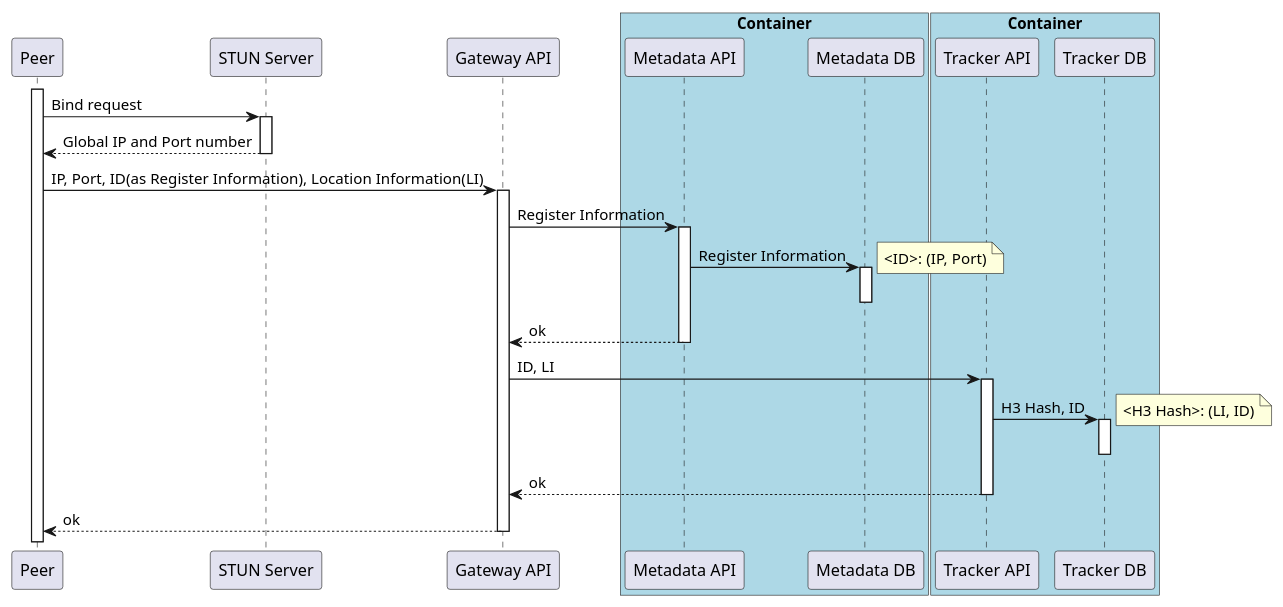
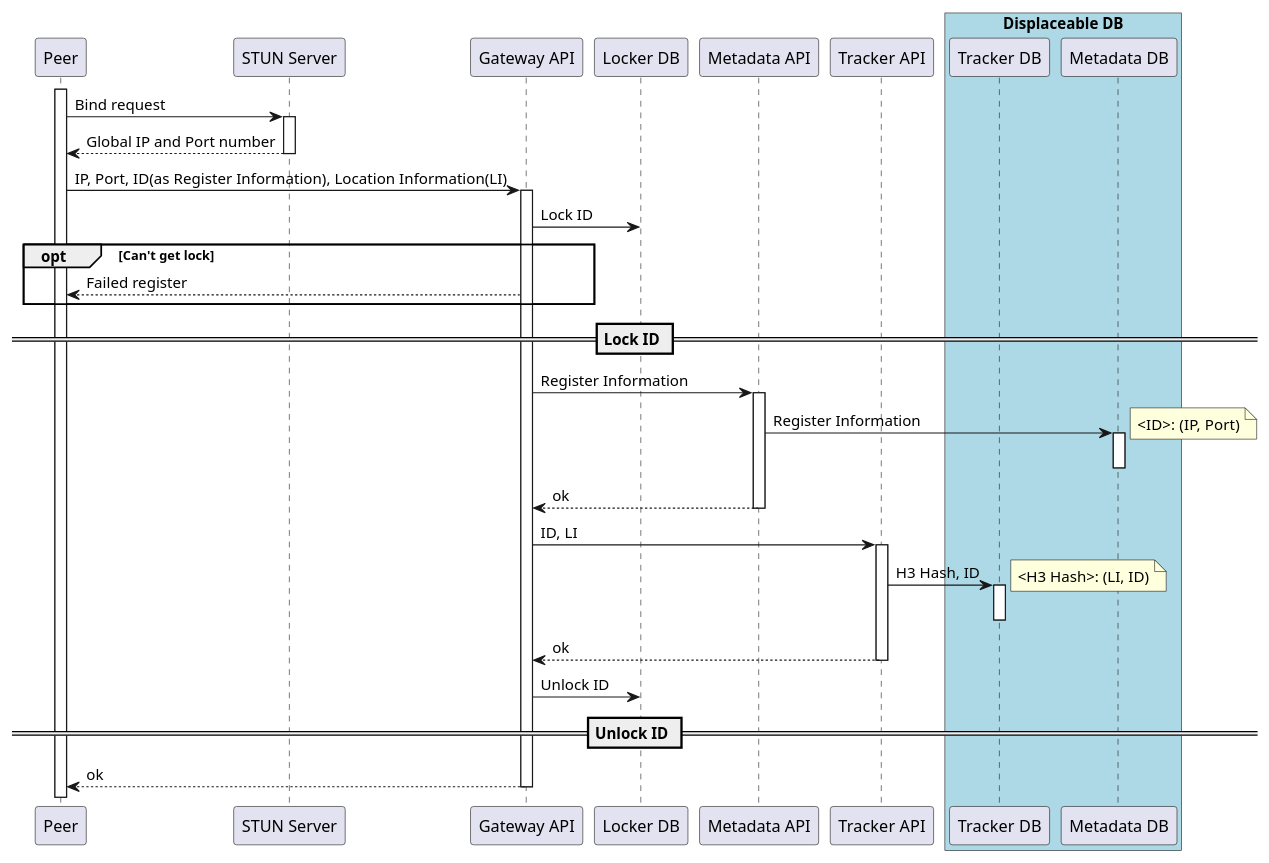
The diagram in docs/arc_register.plantuml (mokoshiro/arc-1), drawn with PlantUML before and after one commit. The commit also changed 7 other files, not shown here.

```diff
--- a/docs/arc_register.plantuml
+++ b/docs/arc_register.plantuml
@@ -1,49 +1,56 @@
 @startuml 
 
 participant "Peer" as peer
 participant "STUN Server" as stun
 
 participant "Gateway API" as gateway
+participant "Locker DB" as locker
 
-box "Container" #LightBlue
-    participant "Metadata API" as metadata
+participant "Metadata API" as metadata
+participant "Tracker API" as tracker
+
+box "Displaceable DB" #LightBlue
+    participant "Tracker DB" as trackerdb
     participant "Metadata DB" as metadb
-end box
-
-box "Container" #LightBlue
-    participant "Tracker API" as tracker
-    participant "Tracker DB" as trackerdb
 end box
 
 activate peer
 peer -> stun: Bind request
 activate stun
 stun --> peer: Global IP and Port number
 deactivate stun
 
 peer -> gateway: IP, Port, ID(as Register Information), Location Information(LI)
 activate gateway
+gateway -> locker: Lock ID
+opt Can't get lock
+    gateway --> peer: Failed register
+end
+== Lock ID == 
 gateway -> metadata: Register Information
 activate metadata
 metadata -> metadb: Register Information
 activate metadb
 note right
     <ID>: (IP, Port)
 end note
 deactivate metadb
 metadata --> gateway: ok
 deactivate metadata
 
 gateway -> tracker: ID, LI
 activate tracker
 tracker -> trackerdb: H3 Hash, ID
 activate trackerdb
 note right
     <H3 Hash>: (LI, ID)
 end note
 deactivate trackerdb
 tracker --> gateway: ok
 deactivate tracker
+gateway -> locker: Unlock ID
+== Unlock ID ==
+
 gateway --> peer: ok
 deactivate gateway
 @enduml
```
